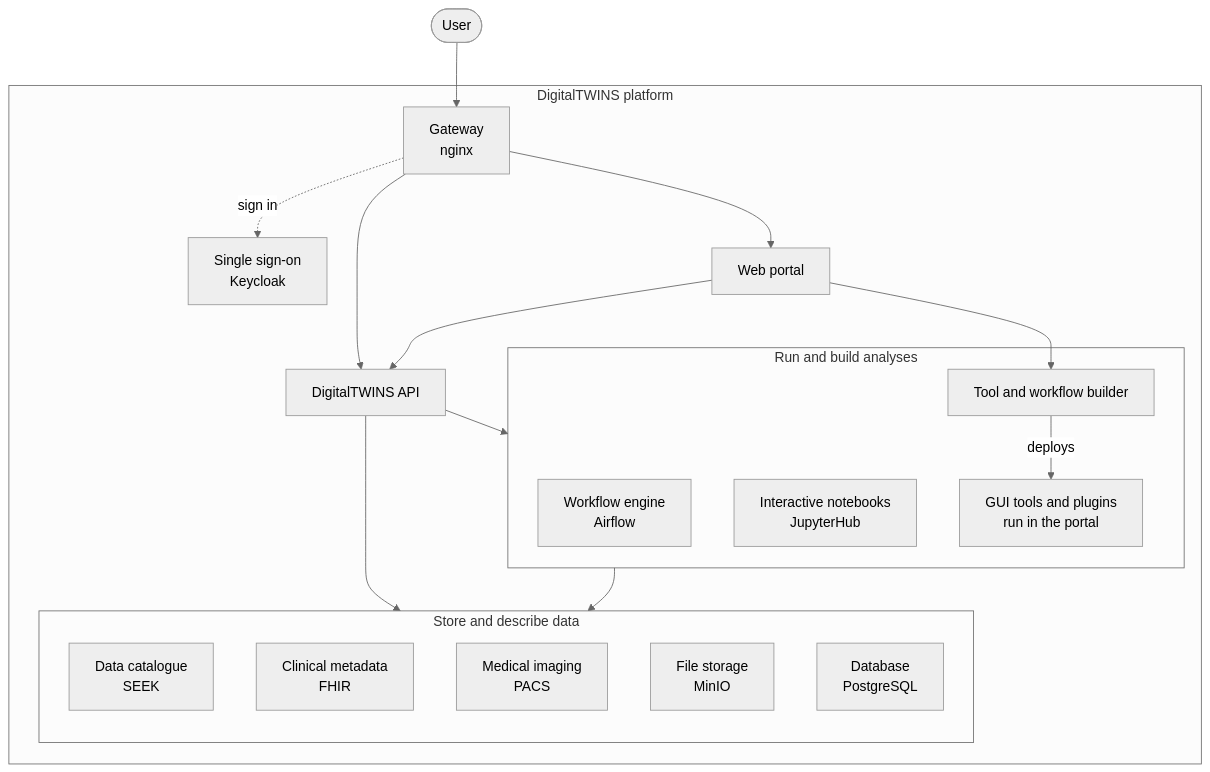
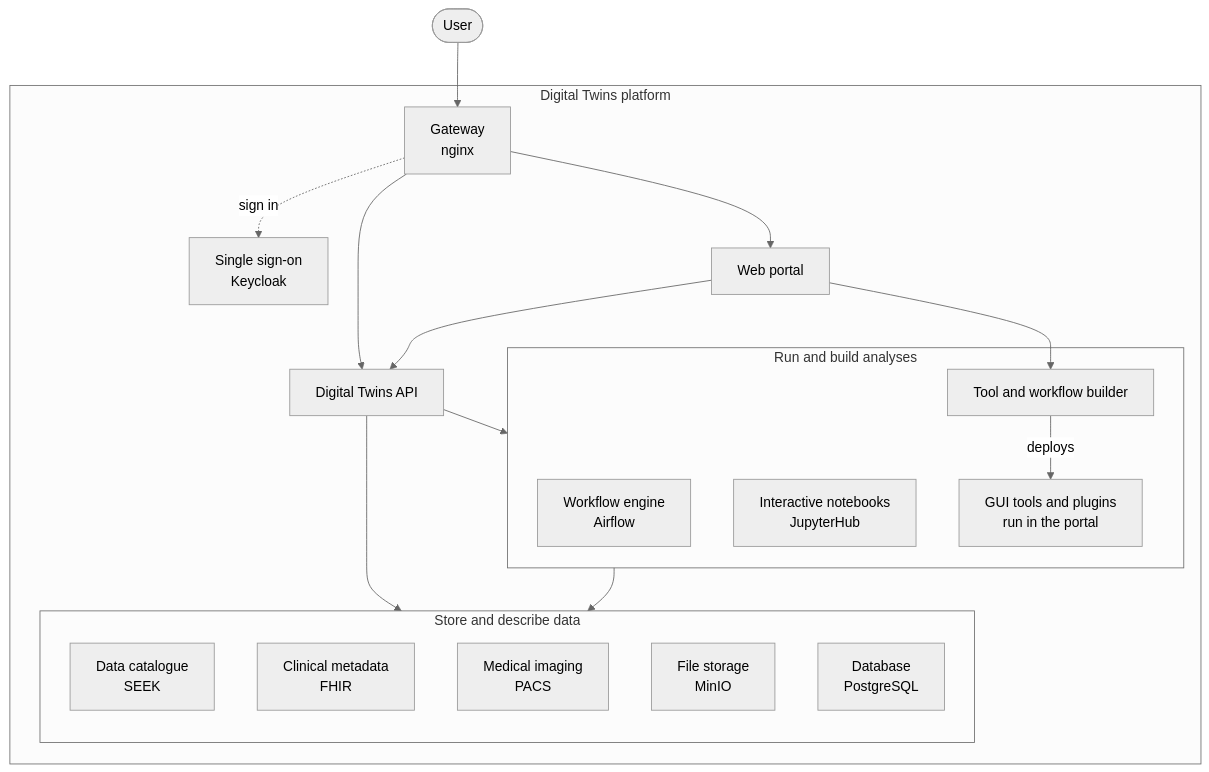
The first of 3 diagrams in docs/architecture.md (ABI-CTT-Group/digitaltwins-platform), drawn with Mermaid (neutral theme) before and after one commit. The commit also changed other lines of this file and 48 other files, not shown here.

First line of the commit message:
refactor: rename DigitalTWINS to Digital Twins in code and docs

````diff
--- a/docs/architecture.md
+++ b/docs/architecture.md
@@ -36,38 +36,38 @@
 ```mermaid
 flowchart TB
     user(["User"])
 
-    subgraph platform["DigitalTWINS platform"]
+    subgraph platform["Digital Twins platform"]
         gateway["Gateway<br/>nginx"]
         sso["Single sign-on<br/>Keycloak"]
         portal["Web portal"]
-        api["DigitalTWINS API"]
+        api["Digital Twins API"]
 
         subgraph analyse["Run and build analyses"]
             workflows["Workflow engine<br/>Airflow"]
             notebooks["Interactive notebooks<br/>JupyterHub"]
             builder["Tool and workflow builder"]
             guitools["GUI tools and plugins<br/>run in the portal"]
         end
 
         subgraph data["Store and describe data"]
             direction TB
             catalogue["Data catalogue<br/>SEEK"]
             records["Clinical metadata<br/>FHIR"]
             imaging["Medical imaging<br/>PACS"]
             files["File storage<br/>MinIO"]
             database["Database<br/>PostgreSQL"]
         end
     end
 
     user --> gateway
     gateway -.->|sign in| sso
     gateway --> portal
     gateway --> api
     portal --> api
     portal --> builder
     builder -->|deploys| guitools
     api --> analyse
     api --> data
     analyse --> data
 ```
````
